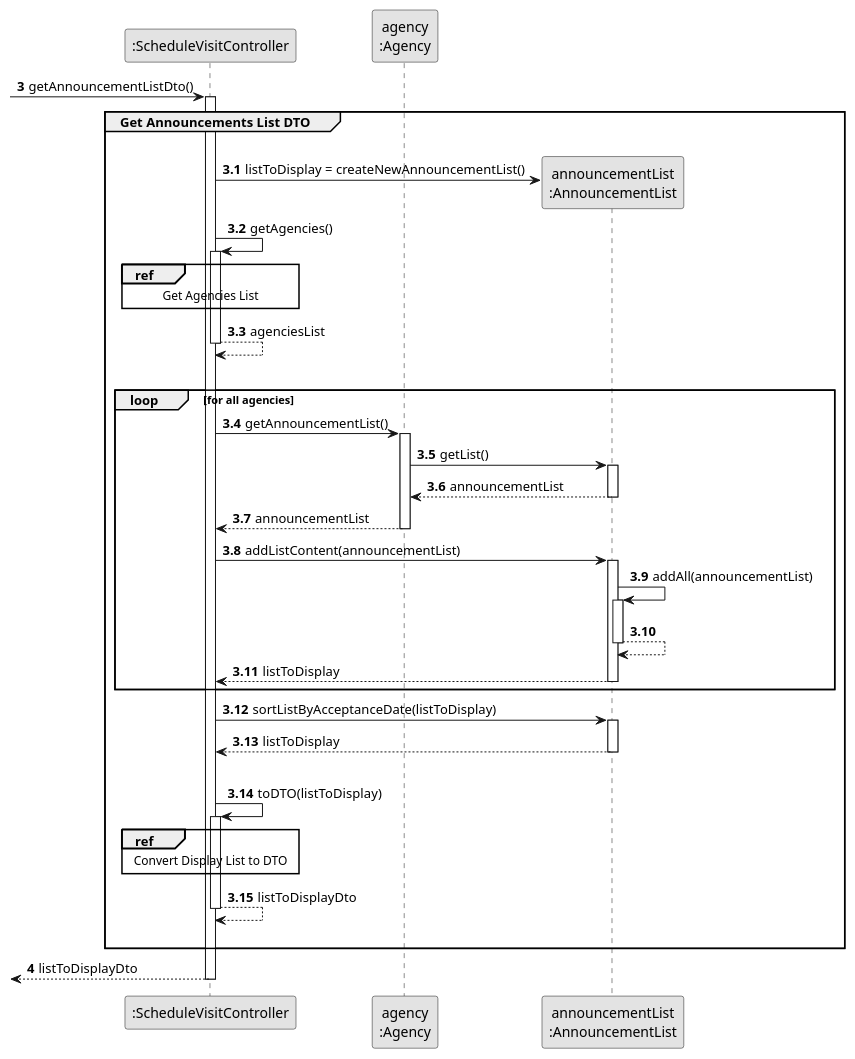
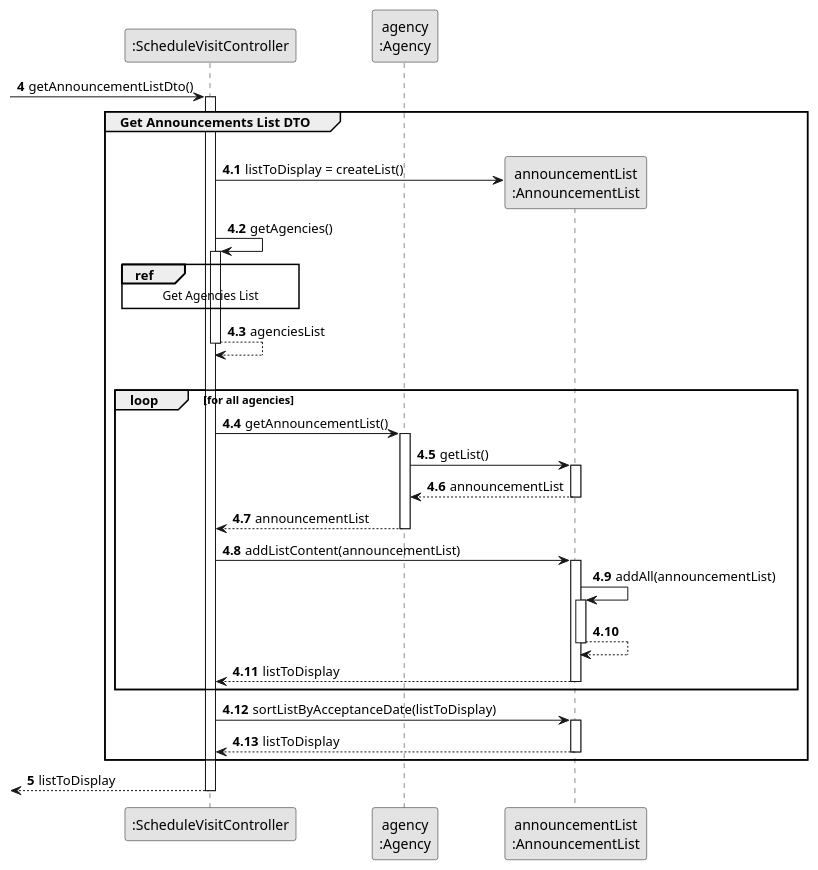
The diagram in docs/sprintC/us009/03.design/puml/us009-sequence-diagram-partial-get-announcements-list-DTO.puml (rita-barbosa/LAPR2-2223), drawn with PlantUML before and after one commit. The commit also changed 5 other files, not shown here.

Commit message:
Announcement DTO related partial SDs + SVG update [US009] [Design]

```diff
--- a/docs/sprintC/us009/03.design/puml/us009-sequence-diagram-partial-get-announcements-list-DTO.puml
+++ b/docs/sprintC/us009/03.design/puml/us009-sequence-diagram-partial-get-announcements-list-DTO.puml
@@ -1,82 +1,71 @@
 @startuml
 skinparam monochrome true
 skinparam packageStyle rectangle
 skinparam shadowing false
 
 
 participant ":ScheduleVisitController" as CTRL
 participant "agency\n:Agency" as AGC
 participant "announcementList\n:AnnouncementList" as LISTCLASS
 
-autonumber 3
+autonumber 4
 
  -> CTRL : getAnnouncementListDto()
 
 activate CTRL
 
-    autonumber 3.1
+    autonumber 4.1
 
     group Get Announcements List DTO
 |||
-            CTRL -> LISTCLASS** : listToDisplay = createNewAnnouncementList()
+            CTRL -> LISTCLASS** : listToDisplay = createList()
            CTRL -> CTRL : getAgencies()
             activate CTRL
 
             ref over CTRL
                 Get Agencies List
             end ref
                 CTRL --> CTRL : agenciesList
             deactivate CTRL
 |||
 
             loop for all agencies
 
                 CTRL -> AGC : getAnnouncementList()
                 activate AGC
 
                 AGC -> LISTCLASS : getList()
                 activate LISTCLASS
 
                     LISTCLASS --> AGC : announcementList
                 deactivate LISTCLASS
 
                     AGC --> CTRL : announcementList
                 deactivate AGC
 
                 CTRL -> LISTCLASS : addListContent(announcementList)
                 activate LISTCLASS
 
                 LISTCLASS -> LISTCLASS : addAll(announcementList)
                 activate LISTCLASS
 
                 LISTCLASS --> LISTCLASS
                 deactivate LISTCLASS
 
                 LISTCLASS --> CTRL : listToDisplay
                 deactivate LISTCLASS
 
             end loop
 
             CTRL -> LISTCLASS : sortListByAcceptanceDate(listToDisplay)
             activate LISTCLASS
 
                 LISTCLASS --> CTRL : listToDisplay
             deactivate LISTCLASS
- |||
-                CTRL -> CTRL : toDTO(listToDisplay)
-                activate CTRL
-
-                ref over CTRL
-                    Convert Display List to DTO
-                end ref
-
-                CTRL --> CTRL : listToDisplayDto
-                deactivate CTRL
-|||
         end group
-    autonumber 4
-    <-- CTRL  : listToDisplayDto
+    autonumber 5
+    <-- CTRL  : listToDisplay
 deactivate CTRL
 
 
 @enduml
```
